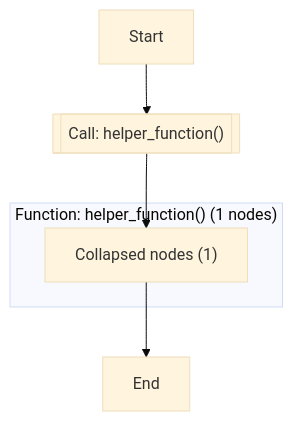
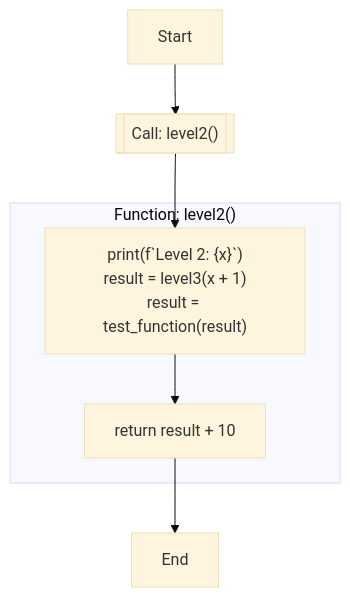
The diagram in flowchart/temp/flowchart.mmd (Leonardo8133/flowchart-machine), drawn with Mermaid (base theme) before and after one commit. The commit also changed 44 other files, not shown here.

```diff
--- a/flowchart/temp/flowchart.mmd
+++ b/flowchart/temp/flowchart.mmd
@@ -1,11 +1,15 @@
 graph TD
 	start1[Start]
 	end2[End]
-	call_helper_function3[["Call: helper_function()"]]
-    call_helper_function3[["Call: helper_function()"]]
-    subgraph "Function: helper_function() (1 nodes)"
-        collapsed_nodes__helper_function_1["Collapsed nodes (1)"]
+	call_level23[["Call: level2()"]]
+	print5["print(f`Level 2: {x}`)\nresult = level3(x + 1)\nresult = test_function(result)"]
+	return6["return result + 10"]
+    call_level23[["Call: level2()"]]
+    subgraph "Function: level2()"
+        print5["print(f`Level 2: {x}`)\nresult = level3(x + 1)\nresult = test_function(result)"]
+        return6["return result + 10"]
     end
-        start1 --> call_helper_function3
-        call_helper_function3 --> collapsed_nodes__helper_function_1
-        collapsed_nodes__helper_function_1 --> end2
+    	start1 --> call_level23
+    	call_level23 --> print5
+    	print5 --> return6
+    	return6 --> end2
```
